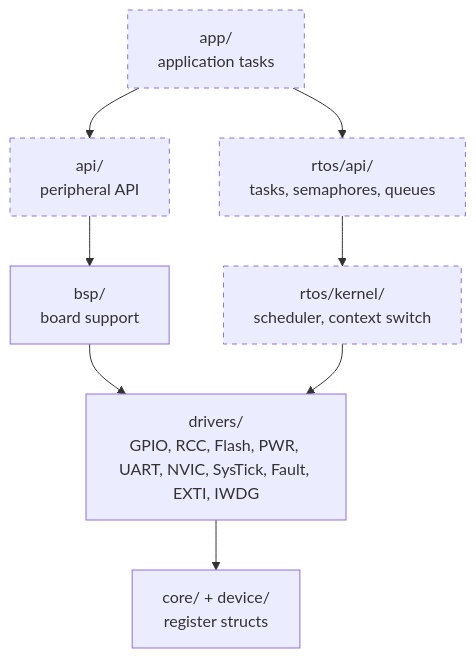
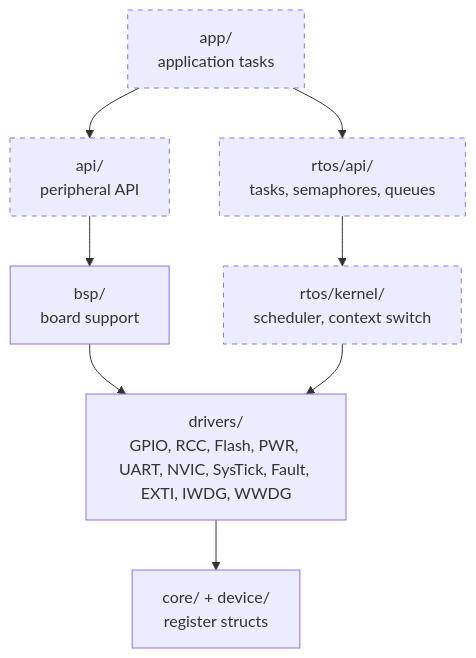
One commit to ka5j/stm32_rtos changed the first of 3 diagrams in docs/ARCHITECTURE.md. Above: the diagram before and after it, drawn with Mermaid. The commit also changed 19 other files, not shown here.

````diff
--- a/docs/ARCHITECTURE.md
+++ b/docs/ARCHITECTURE.md
@@ -11,19 +11,19 @@
 ```mermaid
 flowchart TD
     app["app/<br/>application tasks"]
     api["api/<br/>peripheral API"]
     rapi["rtos/api/<br/>tasks, semaphores, queues"]
     bsp["bsp/<br/>board support"]
     kernel["rtos/kernel/<br/>scheduler, context switch"]
-    drivers["drivers/<br/>GPIO, RCC, Flash, PWR, UART, NVIC, SysTick, Fault, EXTI, IWDG"]
+    drivers["drivers/<br/>GPIO, RCC, Flash, PWR, UART, NVIC, SysTick, Fault, EXTI, IWDG, WWDG"]
     regs["core/ + device/<br/>register structs"]
     app --> api
     app --> rapi
     api --> bsp
     rapi --> kernel
     bsp --> drivers
     kernel --> drivers
     drivers --> regs
     classDef todo stroke-dasharray: 5 5
     class app,api,rapi,kernel todo
 ```
````
